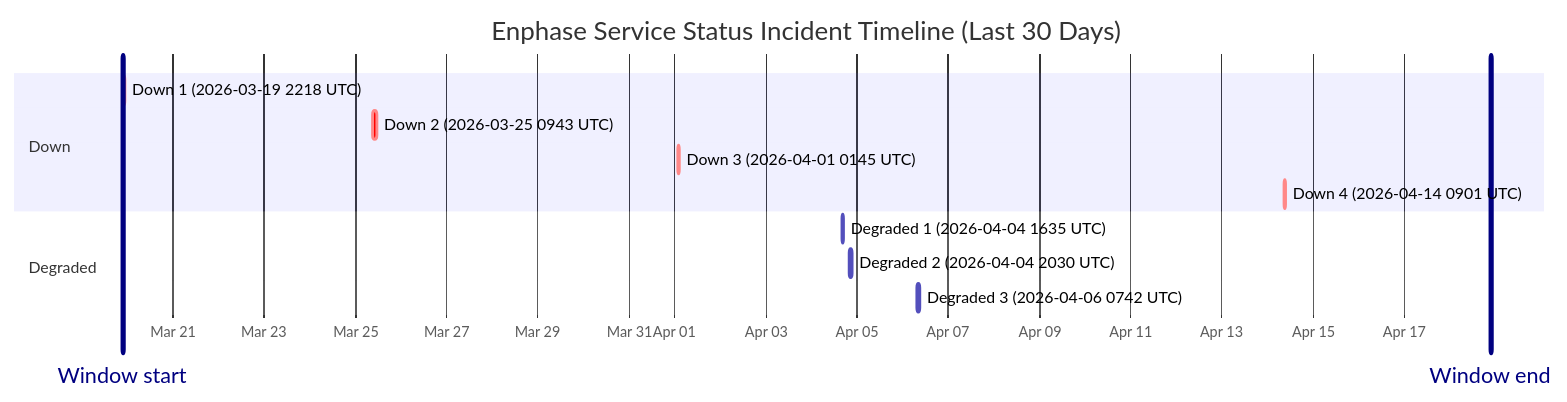
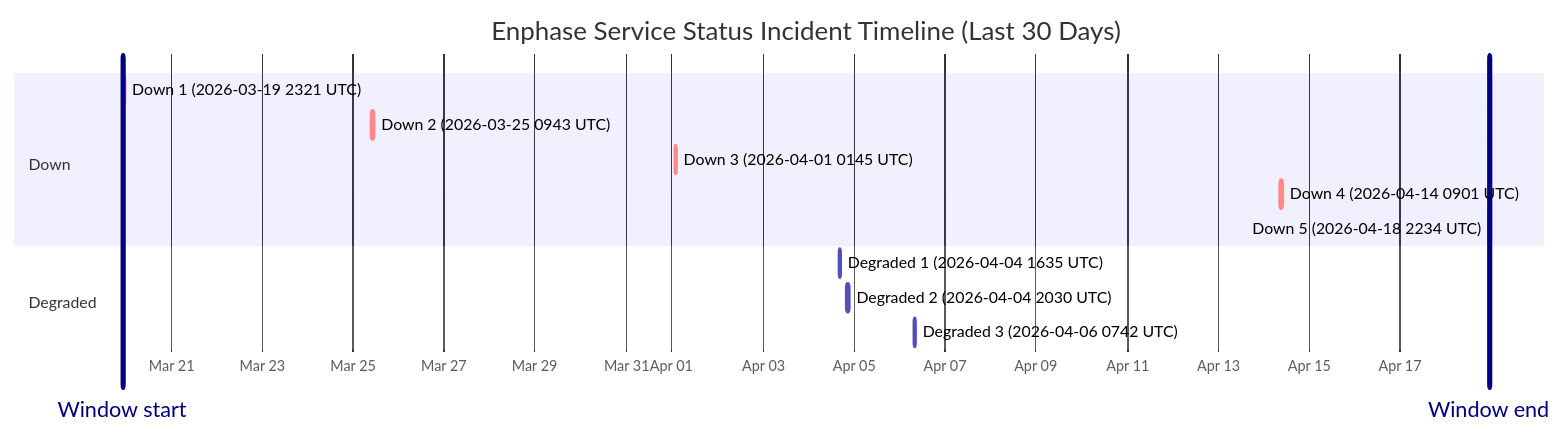
Before and after one commit to barneyonline/ha-enphase-ev-charger: the diagram in wiki/Service-Status-History.md, drawn with Mermaid. The commit also changed other lines of this file and 4 other files, not shown here.

````diff
--- a/wiki/Service-Status-History.md
+++ b/wiki/Service-Status-History.md
@@ -14,17 +14,18 @@
 ```mermaid
 gantt
     title Enphase Service Status Incident Timeline (Last 30 Days)
     dateFormat  YYYY-MM-DDTHH:mm:ss
     axisFormat  %b %d
-    Window start :vert, window-start, 2026-03-19T21:34:36, 0ms
-    Window end :vert, window-end, 2026-04-18T21:34:36, 0ms
+    Window start :vert, window-start, 2026-03-19T22:34:13, 0ms
+    Window end :vert, window-end, 2026-04-18T22:34:13, 0ms
     section Down
-    Down 1 (2026-03-19 2218 UTC) :crit, down-1, 2026-03-19T22:18:28, 63m
+    Down 1 (2026-03-19 2321 UTC) :crit, down-1, 2026-03-19T23:21:29, 60m
     Down 2 (2026-03-25 0943 UTC) :crit, down-2, 2026-03-25T09:43:28, 111m
     Down 3 (2026-04-01 0145 UTC) :crit, down-3, 2026-04-01T01:45:09, 60m
     Down 4 (2026-04-14 0901 UTC) :crit, down-4, 2026-04-14T09:01:13, 60m
+    Down 5 (2026-04-18 2234 UTC) :crit, down-5, 2026-04-18T22:34:13, 60m
     section Degraded
     Degraded 1 (2026-04-04 1635 UTC) :active, degraded-1, 2026-04-04T16:35:17, 60m
     Degraded 2 (2026-04-04 2030 UTC) :active, degraded-2, 2026-04-04T20:30:40, 60m
     Degraded 3 (2026-04-06 0742 UTC) :active, degraded-3, 2026-04-06T07:42:09, 85m
 ```
````
